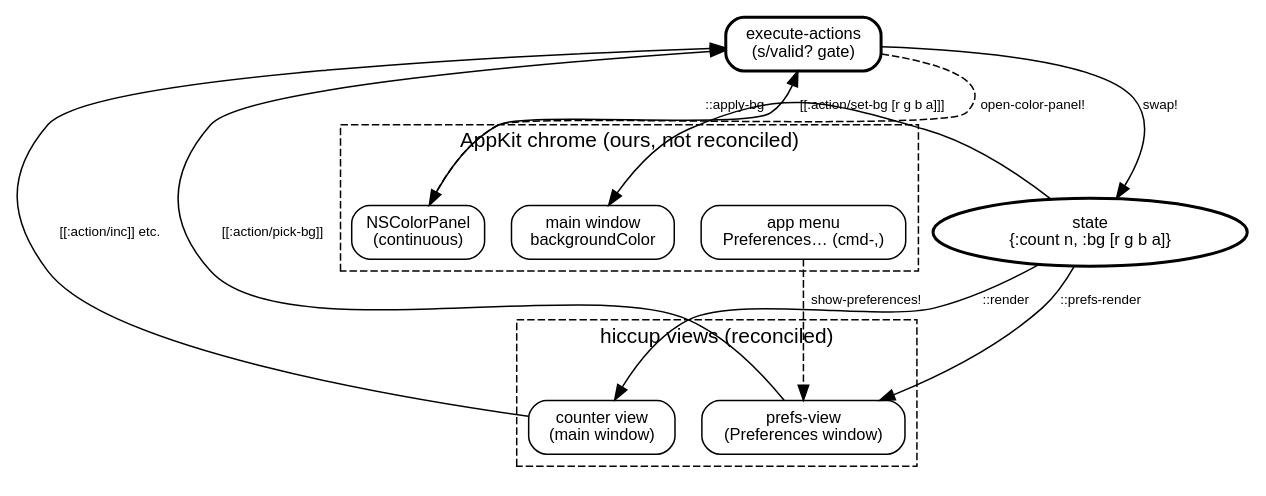
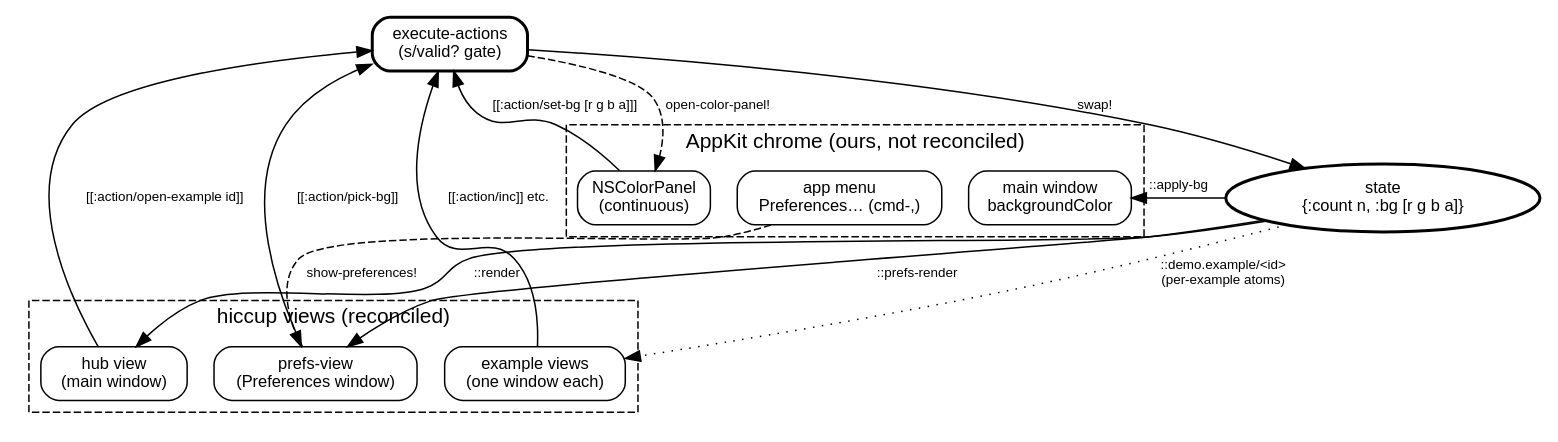
One commit to statonjr/glitter-uikit-demo changed the diagram in README.org. Above: the diagram before and after it, drawn with Graphviz. The commit also changed other lines of this file and 4 other files, not shown here.

```diff
--- a/README.org
+++ b/README.org
@@ -511,41 +688,44 @@
 #+begin_src dot :tangle dataflow.dot
 digraph dataflow {
   rankdir=TB;
   fontname="Helvetica";
   node [shape=box, style=rounded, fontname="Helvetica", fontsize=11];
   edge [fontname="Helvetica", fontsize=9];
 
   subgraph cluster_views {
     label="hiccup views (reconciled)";
     style=dashed;
-    main  [label="counter view\n(main window)"];
+    main  [label="hub view\n(main window)"];
     prefs [label="prefs-view\n(Preferences window)"];
+    ex    [label="example views\n(one window each)"];
   }
 
   subgraph cluster_chrome {
     label="AppKit chrome (ours, not reconciled)";
     style=dashed;
     menu  [label="app menu\nPreferences… (cmd-,)"];
     panel [label="NSColorPanel\n(continuous)"];
     bg    [label="main window\nbackgroundColor"];
   }
 
   dispatch [label="execute-actions\n(s/valid? gate)", style="rounded,bold"];
   state    [label="state\n{:count n, :bg [r g b a]}", shape=ellipse, style=bold];
 
   // data in: every mutation is an action vector
-  main  -> dispatch [label="[[:action/inc]] etc."];
+  main  -> dispatch [label="[[:action/open-example id]]"];
+  ex    -> dispatch [label="[[:action/inc]] etc."];
   prefs -> dispatch [label="[[:action/pick-bg]]"];
   panel -> dispatch [label="[[:action/set-bg [r g b a]]]"];
 
   // effects: the two places a handler touches AppKit directly
   menu     -> prefs [label="show-preferences!", style=dashed];
   dispatch -> panel [label="open-color-panel!", style=dashed];
 
   // the single write, fanning out through three independently-keyed watches
   dispatch -> state [label="swap!"];
   state -> main  [label="::render"];
   state -> prefs [label="::prefs-render"];
   state -> bg    [label="::apply-bg"];
+  state -> ex    [label="::demo.example/<id>\n(per-example atoms)", style=dotted];
 }
 #+end_src
```
